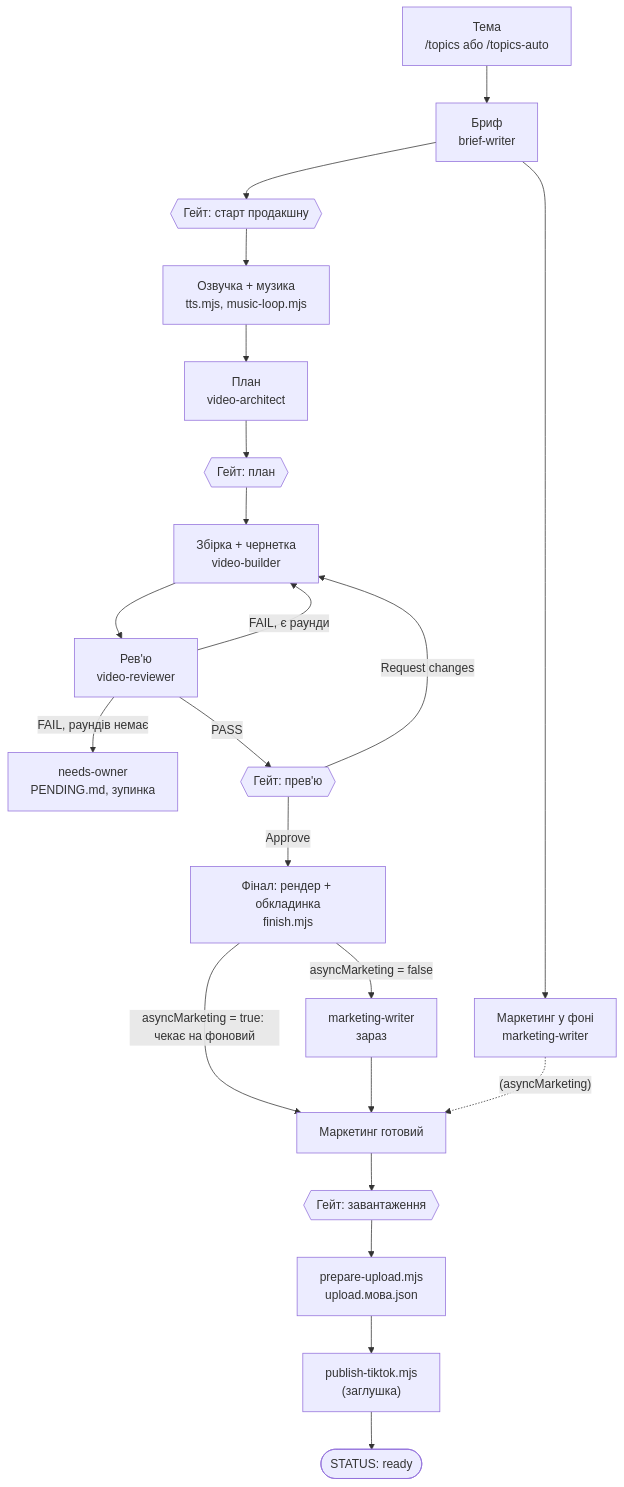
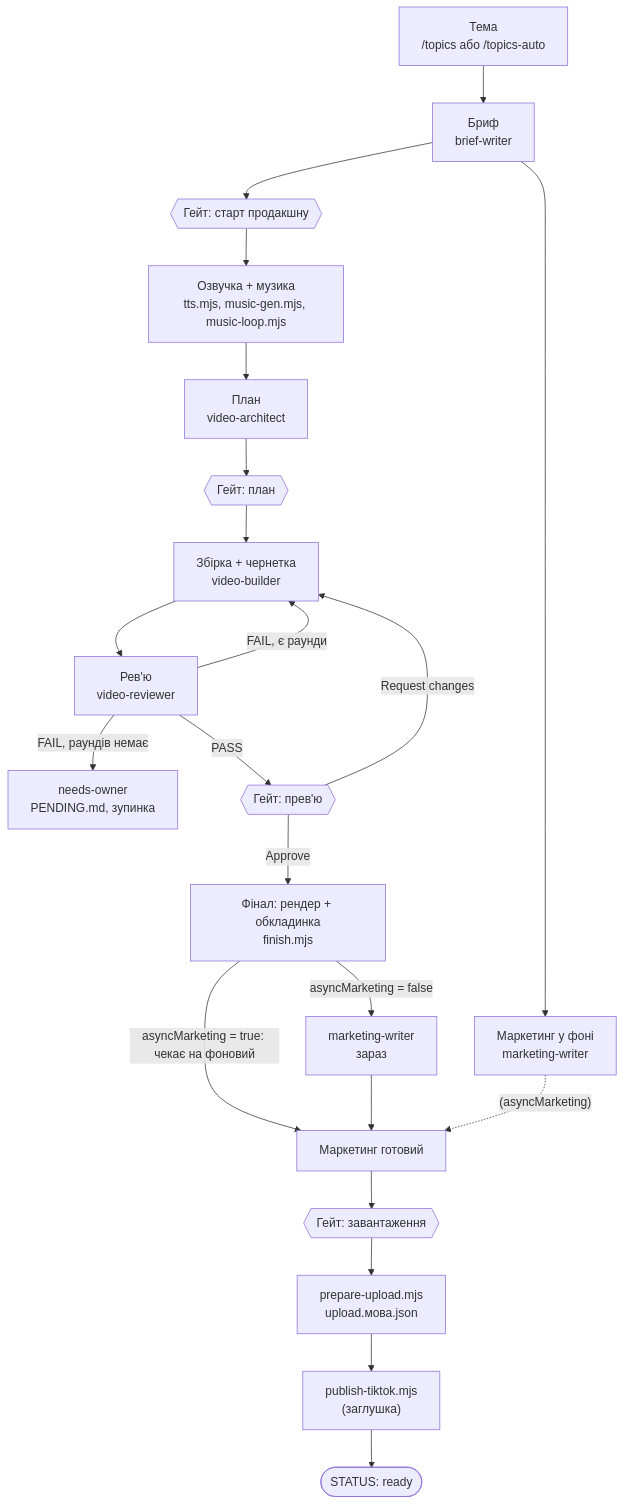
One commit to olehsov/tiktok-videomaker changed the first of 5 diagrams in README.md. Above: the diagram before and after it, drawn with Mermaid. The commit also changed other lines of this file and 12 other files, not shown here.

````diff
--- a/README.md
+++ b/README.md
@@ -119,24 +121,24 @@
 ```mermaid
 flowchart TD
     A["Тема<br/>/topics або /topics-auto"] --> B["Бриф<br/>brief-writer"]
     B --> M["Маркетинг у фоні<br/>marketing-writer"]
     B --> G1{{"Гейт: старт продакшну"}}
-    G1 --> V["Озвучка + музика<br/>tts.mjs, music-loop.mjs"]
+    G1 --> V["Озвучка + музика<br/>tts.mjs, music-gen.mjs, music-loop.mjs"]
     V --> P["План<br/>video-architect"]
     P --> G2{{"Гейт: план"}}
     G2 --> BU["Збірка + чернетка<br/>video-builder"]
     BU --> R["Рев'ю<br/>video-reviewer"]
     R -- "FAIL, є раунди" --> BU
     R -- "FAIL, раундів немає" --> N["needs-owner<br/>PENDING.md, зупинка"]
     R -- PASS --> G3{{"Гейт: прев'ю"}}
     G3 -- "Request changes" --> BU
     G3 -- Approve --> F["Фінал: рендер + обкладинка<br/>finish.mjs"]
     F -- "asyncMarketing = true: чекає на фоновий" --> MK["Маркетинг готовий"]
     F -- "asyncMarketing = false" --> MW["marketing-writer<br/>зараз"]
     MW --> MK
     M -. "(asyncMarketing)" .-> MK
     MK --> G4{{"Гейт: завантаження"}}
     G4 --> U["prepare-upload.mjs<br/>upload.мова.json"]
     U --> PB["publish-tiktok.mjs<br/>(заглушка)"]
     PB --> RD(["STATUS: ready"])
 ```
````
